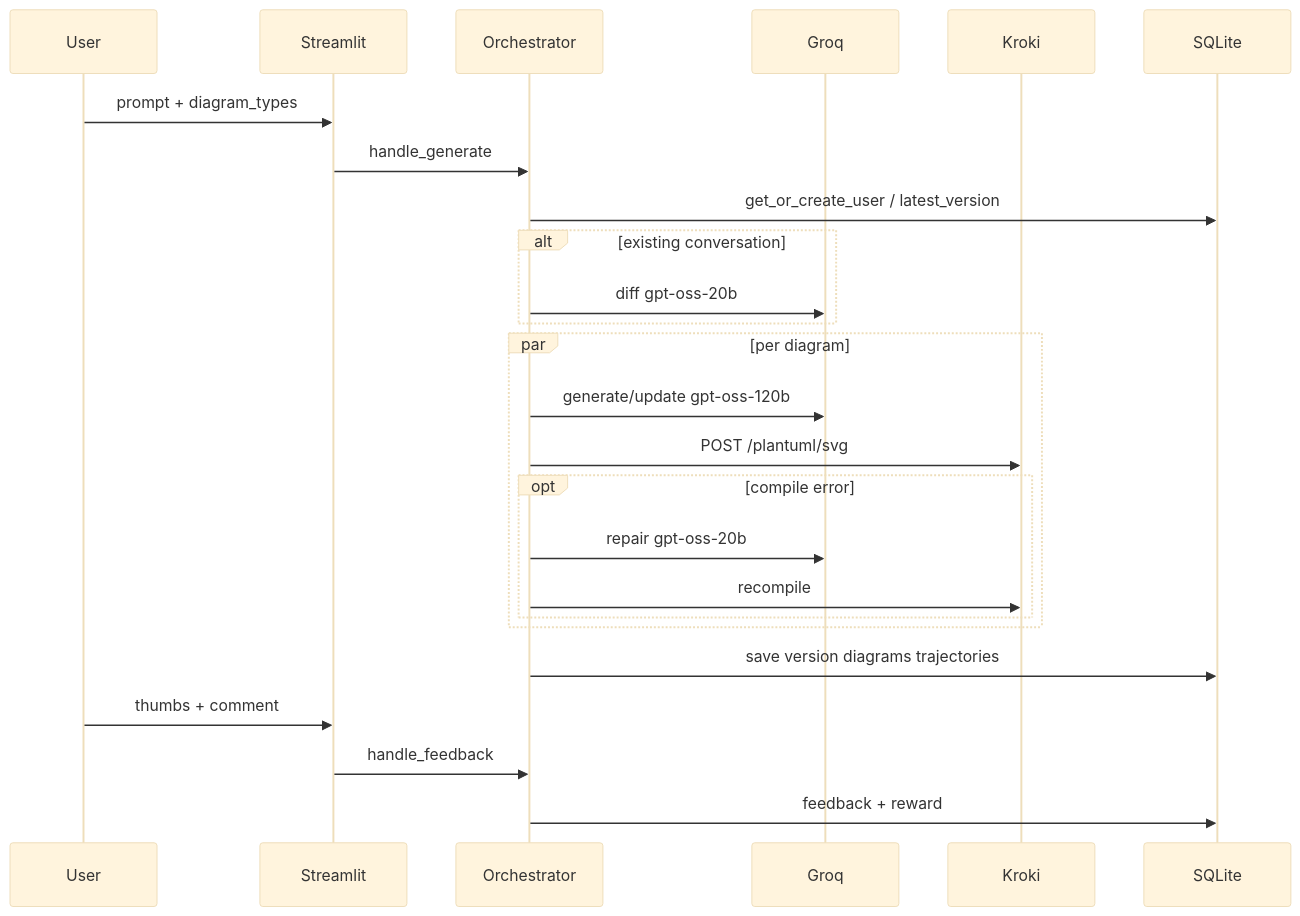
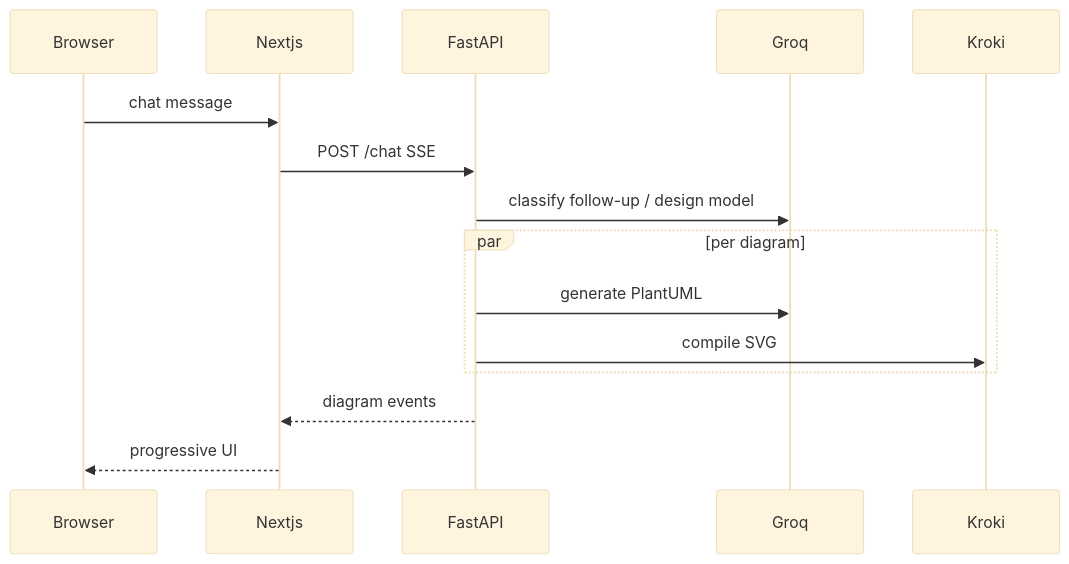
One commit to tknishh/onfinance-assignment changed the diagram in README.md. Above: the diagram before and after it, drawn with Mermaid (base theme). The commit also changed other lines of this file and 89 other files, not shown here.

````diff
--- a/README.md
+++ b/README.md
@@ -38,27 +51,17 @@
 ```mermaid
 sequenceDiagram
-    participant U as User
-    participant UI as Streamlit
-    participant O as Orchestrator
+    participant U as Browser
+    participant W as Nextjs
+    participant A as FastAPI
     participant G as Groq
     participant K as Kroki
-    participant DB as SQLite
-    U->>UI: prompt + diagram_types
-    UI->>O: handle_generate
-    O->>DB: get_or_create_user / latest_version
-    alt existing conversation
-        O->>G: diff gpt-oss-20b
+    U->>W: chat message
+    W->>A: POST /chat SSE
+    A->>G: classify follow-up / design model
+    par per diagram
+        A->>G: generate PlantUML
+        A->>K: compile SVG
     end
-    par per diagram
-        O->>G: generate/update gpt-oss-120b
-        O->>K: POST /plantuml/svg
-        opt compile error
-            O->>G: repair gpt-oss-20b
-            O->>K: recompile
-        end
-    end
-    O->>DB: save version diagrams trajectories
-    U->>UI: thumbs + comment
-    UI->>O: handle_feedback
-    O->>DB: feedback + reward
+    A-->>W: diagram events
+    W-->>U: progressive UI
 ```
````
